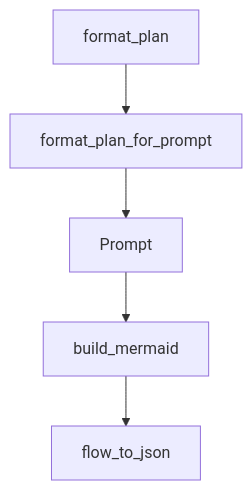
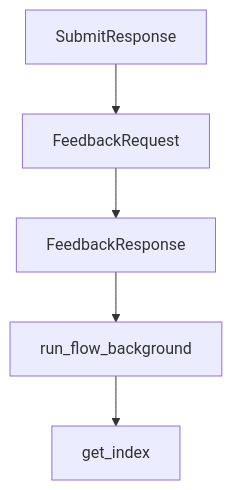
Before and after one commit to johnxie/awesome-code-docs: the diagram in tutorials/pocketflow-tutorial/03-agent-and-workflow-patterns.md, drawn with Mermaid. The commit also changed other lines of this file and 1232 other files, not shown here.

````diff
--- a/tutorials/pocketflow-tutorial/03-agent-and-workflow-patterns.md
+++ b/tutorials/pocketflow-tutorial/03-agent-and-workflow-patterns.md
@@ -201,12 +199,12 @@
 ```mermaid
 flowchart TD
-    A[format_plan]
-    B[format_plan_for_prompt]
-    C[Prompt]
-    D[build_mermaid]
-    E[flow_to_json]
+    A[SubmitResponse]
+    B[FeedbackRequest]
+    C[FeedbackResponse]
+    D[run_flow_background]
+    E[get_index]
     A --> B
     B --> C
     C --> D
     D --> E
 ```
````
